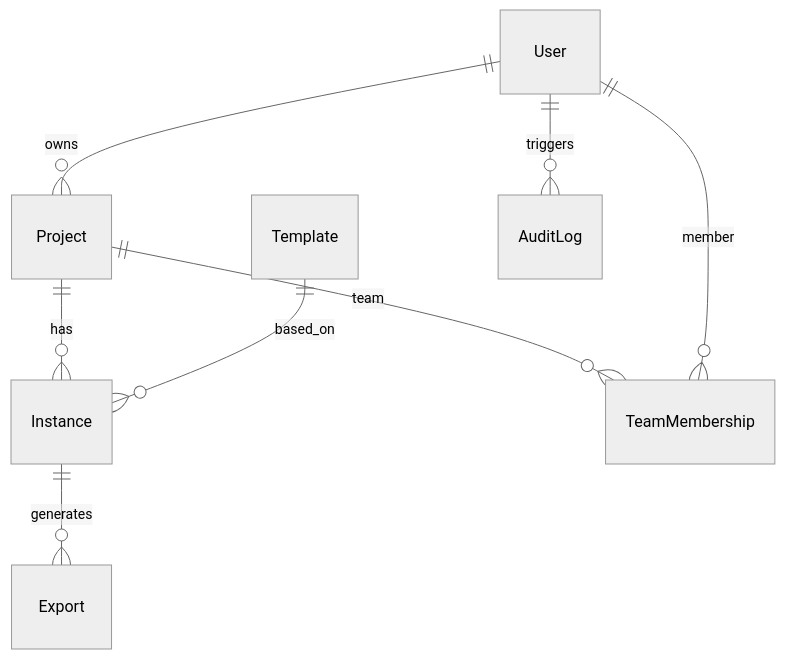
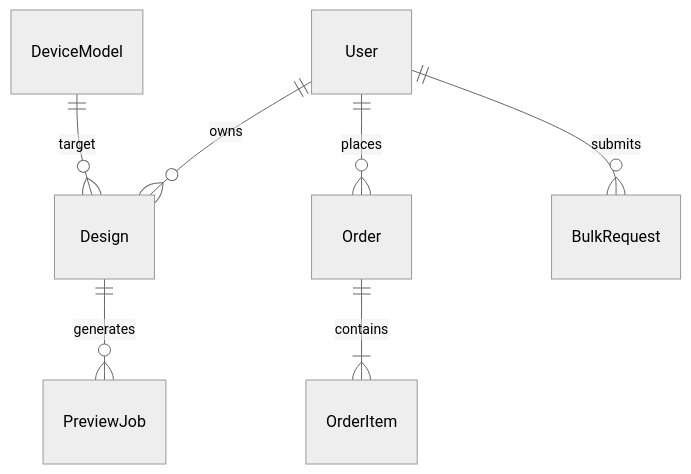
Before and after one commit to YassinYakoubi/nure_for_you_app-demo-: the fifth of 5 diagrams in laps.md, drawn with Mermaid (neutral theme). The commit also changed other lines of this file, not shown here.

````diff
--- a/laps.md
+++ b/laps.md
@@ -425,10 +434,9 @@
 ```mermaid
 erDiagram
-  User ||--o{ Project : owns
-  Project ||--o{ Instance : has
-  Instance ||--o{ Export : generates
-  Project ||--o{ TeamMembership : team
-  User ||--o{ TeamMembership : member
-  Template ||--o{ Instance : based_on
-  User ||--o{ AuditLog : triggers
+  User ||--o{ Design : "owns"
+  User ||--o{ Order : "places"
+  Order ||--|{ OrderItem : "contains"
+  DeviceModel ||--o{ Design : "target"
+  Design ||--o{ PreviewJob : "generates"
+  User ||--o{ BulkRequest : "submits"
 ```
````
